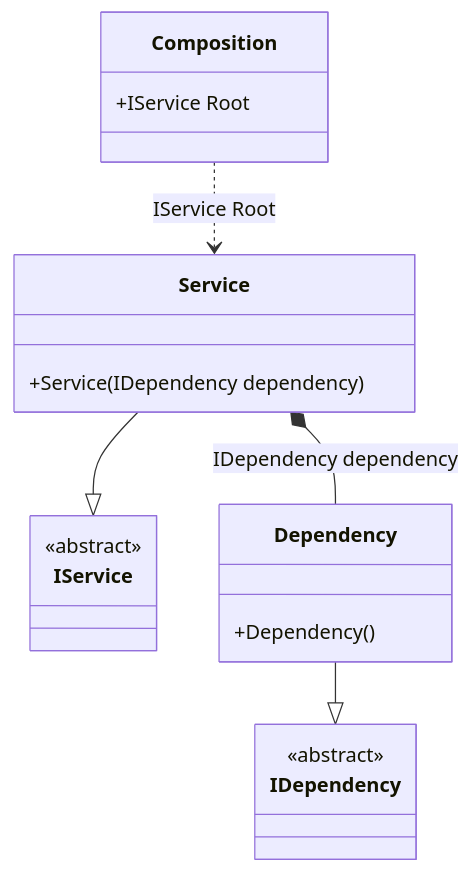
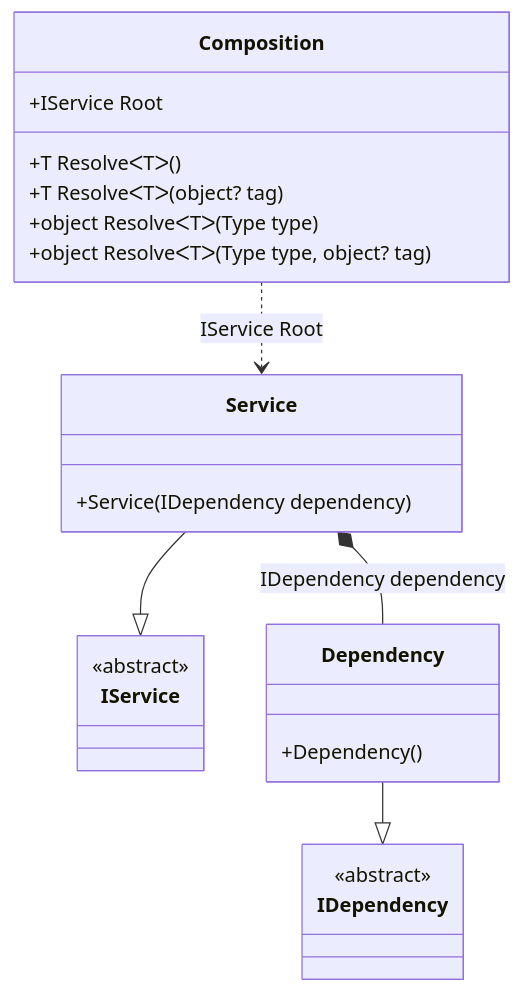
One commit to DevTeam/Pure.DI changed the diagram in readme/composition-root.md. Above: the diagram before and after it, drawn with Mermaid. The commit also changed other lines of this file and 85 other files, not shown here.

````diff
--- a/readme/composition-root.md
+++ b/readme/composition-root.md
@@ -33,22 +32,26 @@
 ```mermaid
 classDiagram
   class Composition {
     +IService Root
+    +T ResolveᐸTᐳ()
+    +T ResolveᐸTᐳ(object? tag)
+    +object ResolveᐸTᐳ(Type type)
+    +object ResolveᐸTᐳ(Type type, object? tag)
   }
   Service --|> IService : 
   class Service {
     +Service(IDependency dependency)
   }
   Dependency --|> IDependency : 
   class Dependency {
     +Dependency()
   }
   class IService {
     <<abstract>>
   }
   class IDependency {
     <<abstract>>
   }
   Service *--  Dependency : IDependency dependency
   Composition ..> Service : IService Root
 ```
````
